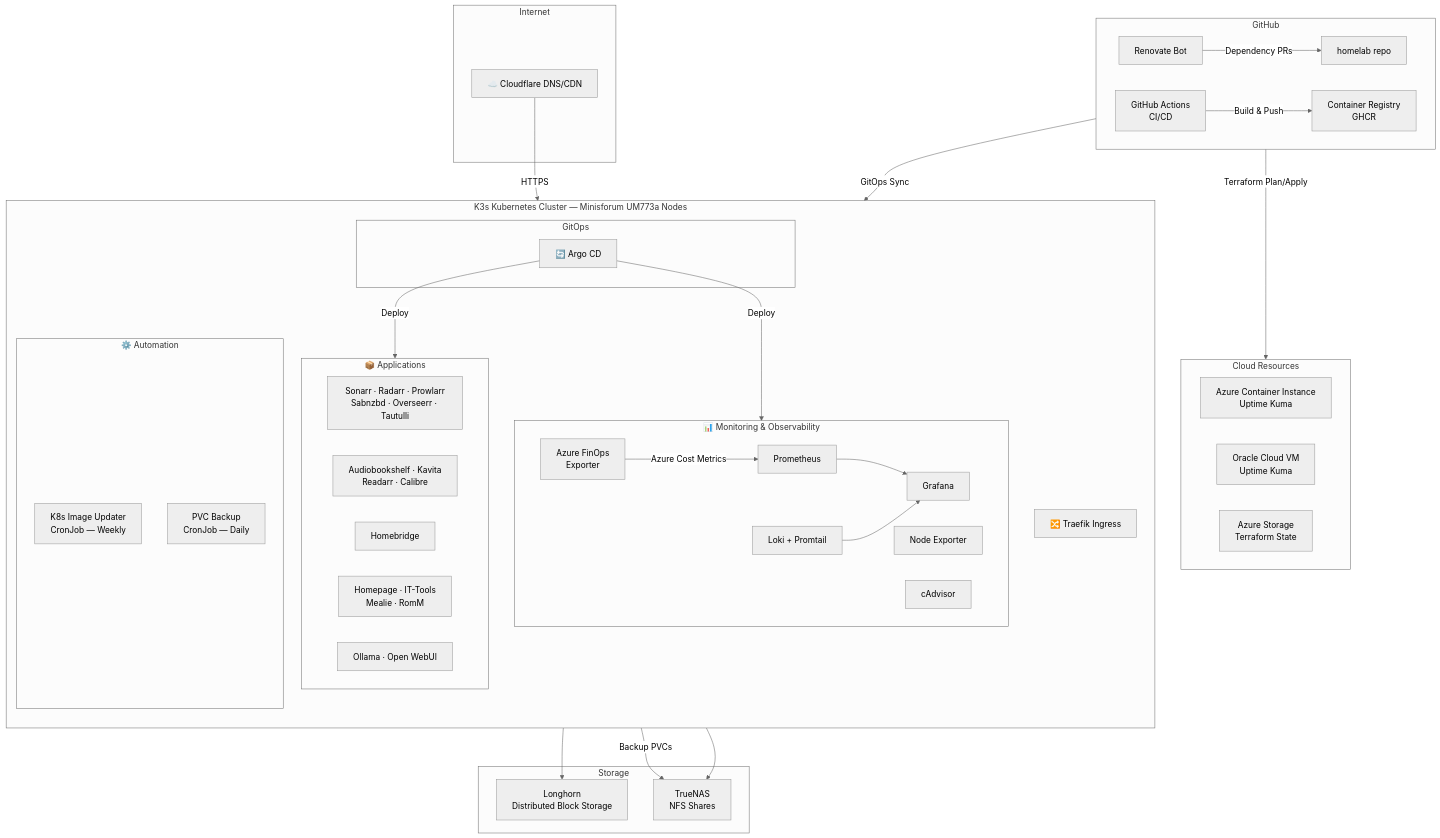
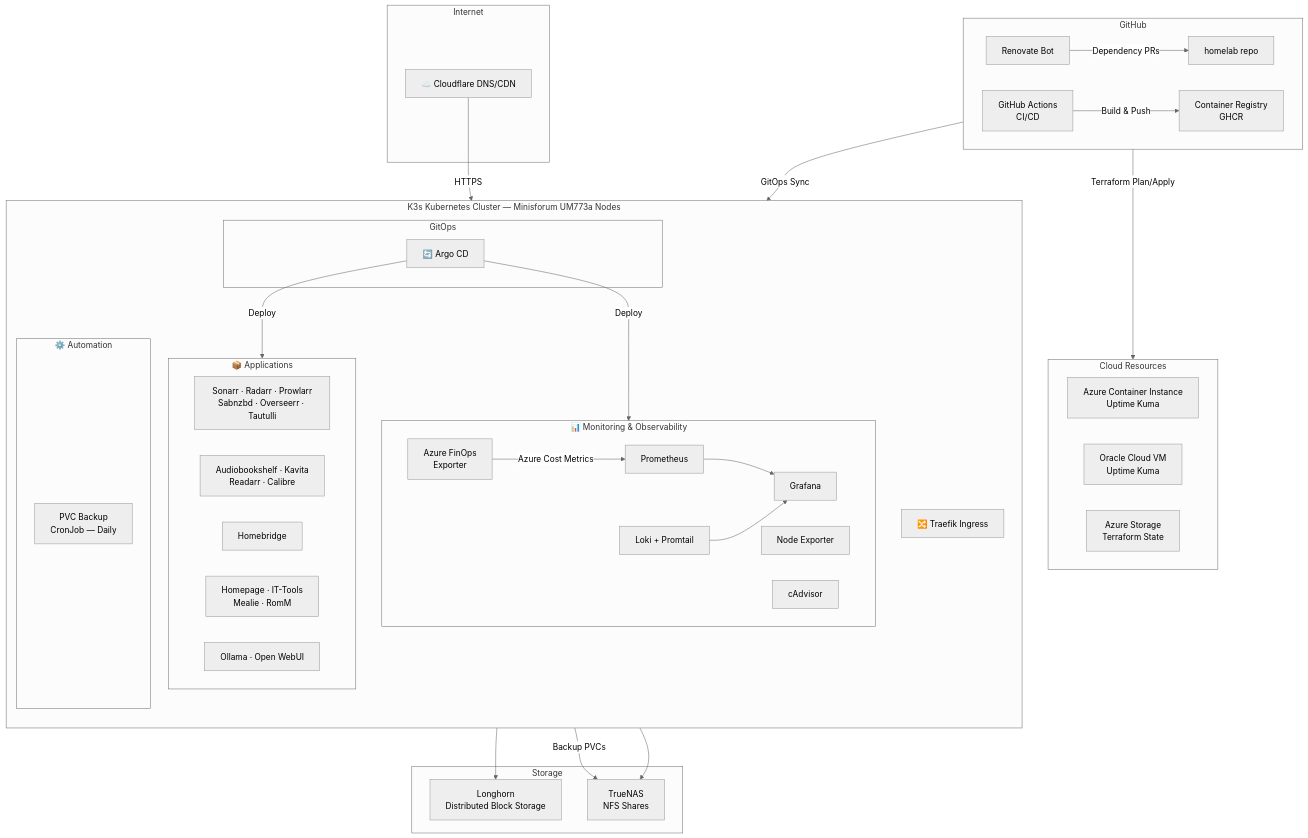
The diagram in README.md (mtstrong/homelab), drawn with Mermaid (neutral theme) before and after one commit. The commit also changed other lines of this file and 11 other files, not shown here.

First line of the commit message:
Replace k8s-image-updater with Renovate's Kubernetes manager

````diff
--- a/README.md
+++ b/README.md
@@ -43,72 +43,71 @@
 ```mermaid
 graph TB
     subgraph Internet
         CF[☁️ Cloudflare DNS/CDN]
     end
 
     subgraph Cloud["Cloud Resources"]
         direction LR
         AZ_UKM[Azure Container Instance<br/>Uptime Kuma]
         OCI_UKM[Oracle Cloud VM<br/>Uptime Kuma]
         AZ_STATE[Azure Storage<br/>Terraform State]
     end
 
     subgraph GitHub["GitHub"]
         direction LR
         REPO[homelab repo]
         GHA[GitHub Actions<br/>CI/CD]
         GHCR[Container Registry<br/>GHCR]
         RENOVATE[Renovate Bot]
     end
 
     subgraph Cluster["K3s Kubernetes Cluster — Minisforum UM773a Nodes"]
         direction TB
 
         TRAEFIK[🔀 Traefik Ingress]
 
         subgraph GitOps
             ARGOCD[🔄 Argo CD]
         end
 
         subgraph Monitoring["📊 Monitoring & Observability"]
             PROM[Prometheus]
             GRAF[Grafana]
             LOKI[Loki + Promtail]
             NE[Node Exporter]
             CA[cAdvisor]
             FINOPS[Azure FinOps<br/>Exporter]
         end
 
         subgraph Apps["📦 Applications"]
             MEDIA[Sonarr · Radarr · Prowlarr<br/>Sabnzbd · Overseerr · Tautulli]
             BOOKS[Audiobookshelf · Kavita<br/>Readarr · Calibre]
             HOME[Homebridge]
             UTIL[Homepage · IT-Tools<br/>Mealie · RomM]
             AI[Ollama · Open WebUI]
         end
 
         subgraph Automation["⚙️ Automation"]
-            IMGUPD[K8s Image Updater<br/>CronJob — Weekly]
             PVCBAK[PVC Backup<br/>CronJob — Daily]
         end
     end
 
     subgraph Storage["Storage"]
         LH[Longhorn<br/>Distributed Block Storage]
         NAS[TrueNAS<br/>NFS Shares]
     end
 
     CF -->|HTTPS| TRAEFIK
     REPO -->|GitOps Sync| ARGOCD
     ARGOCD -->|Deploy| Apps
     ARGOCD -->|Deploy| Monitoring
     GHA -->|Build & Push| GHCR
     GHA -->|Terraform Plan/Apply| Cloud
     RENOVATE -->|Dependency PRs| REPO
     PROM --> GRAF
     LOKI --> GRAF
     Apps --> LH
     Apps --> NAS
     PVCBAK -->|Backup PVCs| NAS
     FINOPS -->|Azure Cost Metrics| PROM
 ```
````
